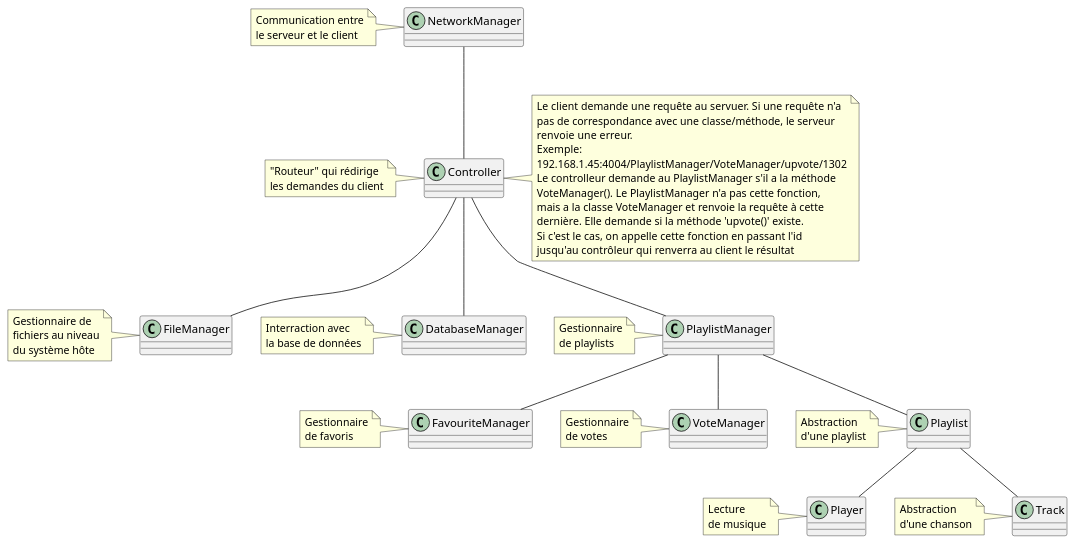
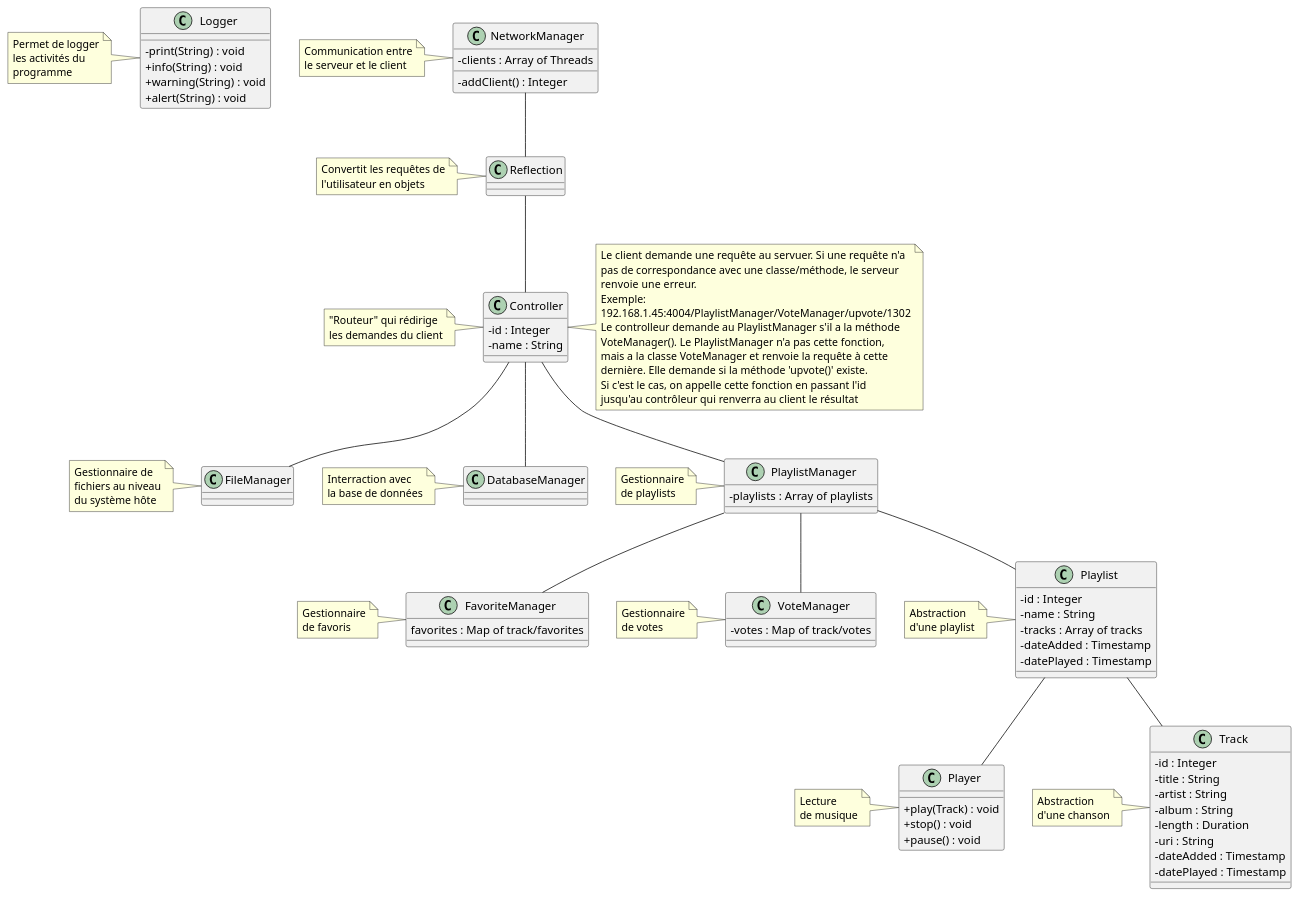
One commit to heig-vd-pro2017/projet changed the diagram in UML.plantuml. Above: the diagram before and after it, drawn with PlantUML. The commit also changed 1 other file, not shown here.

Commit message:
Updated diagramms

```diff
--- a/UML.plantuml
+++ b/UML.plantuml
@@ -1,122 +1,164 @@
 @startuml
 
+skinparam classAttributeIconSize 0
+
+class Logger {
+    -print(String) : void
+    +info(String) : void
+    +warning(String) : void
+    +alert(String) : void
+}
+
 class NetworkManager {
+    -clients : Array of Threads
+
+    -addClient() : Integer
+
+}
+
+class Reflection {
 
 }
 
 class Controller {
-
+    -id : Integer
+    -name : String
 }
 
 class FileManager {
 
 }
 
 class DatabaseManager {
 
 }
 
 class PlaylistManager {
-
+    -playlists : Array of playlists
 }
 
-class FavouriteManager {
-
+class FavoriteManager {
+    favorites : Map of track/favorites
 }
 
 class VoteManager {
-
+    -votes : Map of track/votes
 }
 
 class Playlist {
-
+    -id : Integer
+    -name : String
+    -tracks : Array of tracks
+    -dateAdded : Timestamp
+    -datePlayed : Timestamp
 }
 
 class Player {
-
+    +play(Track) : void
+    +stop() : void
+    +pause() : void
 }
 
 class Track {
-
+    -id : Integer
+    -title : String
+    -artist : String
+    -album : String
+    -length : Duration
+    -uri : String
+    -dateAdded : Timestamp
+    -datePlayed : Timestamp
 }
 
-NetworkManager -- Controller
+NetworkManager -- Reflection
+Reflection -- Controller
 
 Controller -- FileManager
 Controller -- DatabaseManager
 Controller -- PlaylistManager
 
-PlaylistManager -- FavouriteManager
+PlaylistManager -- FavoriteManager
 PlaylistManager -- VoteManager
 PlaylistManager -- Playlist
 
 Playlist -- Player
 Playlist -- Track
 
+note left of Logger
+    Permet de logger
+    les activités du
+    programme
+endnote
+
 note left of NetworkManager
     Communication entre
     le serveur et le client
+endnote
+
+note left of Reflection
+    Convertit les requêtes de
+    l'utilisateur en objets
 endnote
 
 note left of Controller
     "Routeur" qui rédirige
     les demandes du client
 endnote
 
 note  right of Controller
     Le client demande une requête au servuer. Si une requête n'a
     pas de correspondance avec une classe/méthode, le serveur
     renvoie une erreur.
     Exemple:
     192.168.1.45:4004/PlaylistManager/VoteManager/upvote/1302
     Le controlleur demande au PlaylistManager s'il a la méthode
     VoteManager(). Le PlaylistManager n'a pas cette fonction,
     mais a la classe VoteManager et renvoie la requête à cette
     dernière. Elle demande si la méthode 'upvote()' existe.
     Si c'est le cas, on appelle cette fonction en passant l'id
     '1302' en paramètre à la fonction. Son résultat est retourné
     jusqu'au contrôleur qui renverra au client le résultat
 endnote
 
 note left of FileManager
     Gestionnaire de
     fichiers au niveau
     du système hôte
 endnote
 
 note left of DatabaseManager
     Interraction avec
     la base de données
 endnote
 
 note left of PlaylistManager
     Gestionnaire
     de playlists
 endnote
 
-note left of FavouriteManager
+note left of FavoriteManager
     Gestionnaire
     de favoris
 endnote
 
 note left of VoteManager
     Gestionnaire
     de votes
 endnote
 
 note left of Playlist
     Abstraction
     d'une playlist
 endnote
 
 note left of Player
     Lecture
     de musique
 endnote
 
 note left of Track
     Abstraction
     d'une chanson
 endnote
 
 @enduml
```
